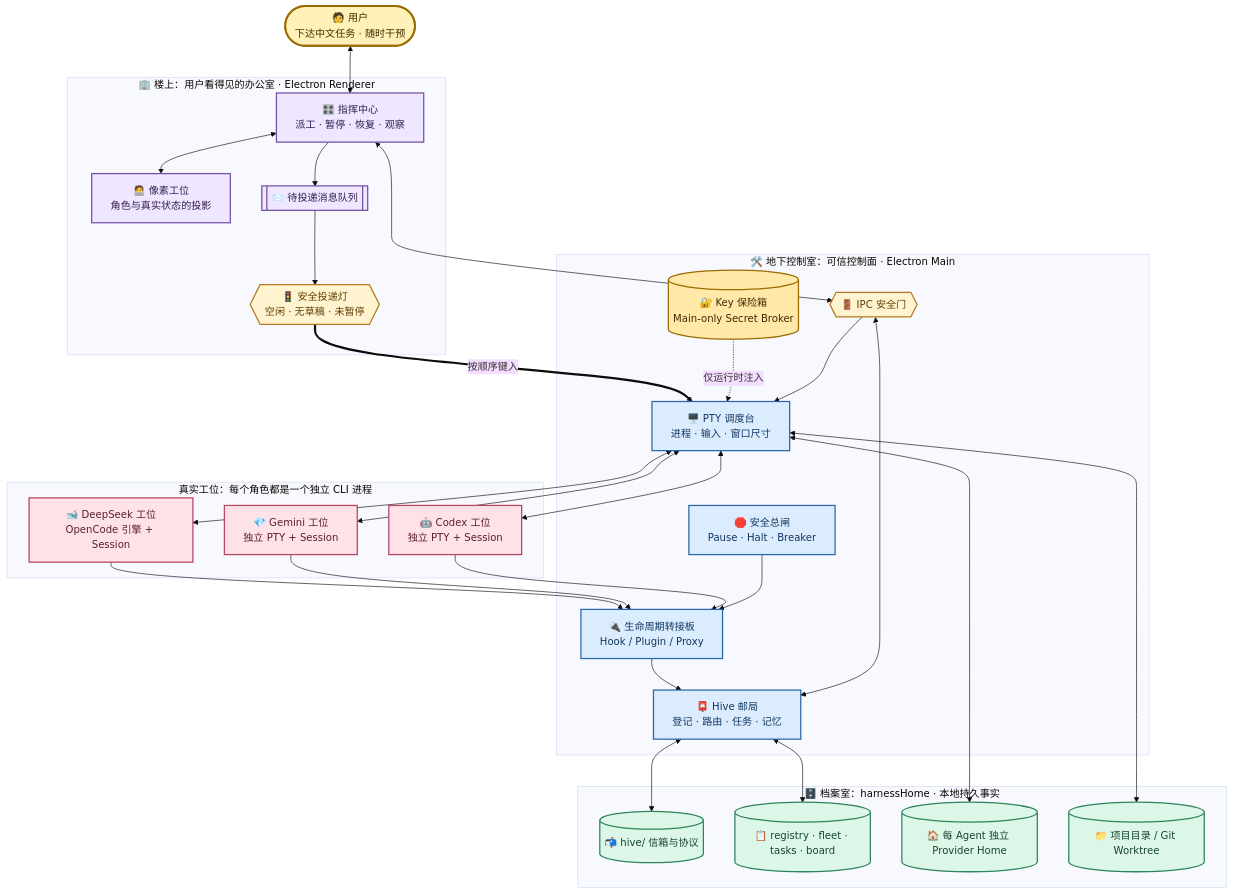
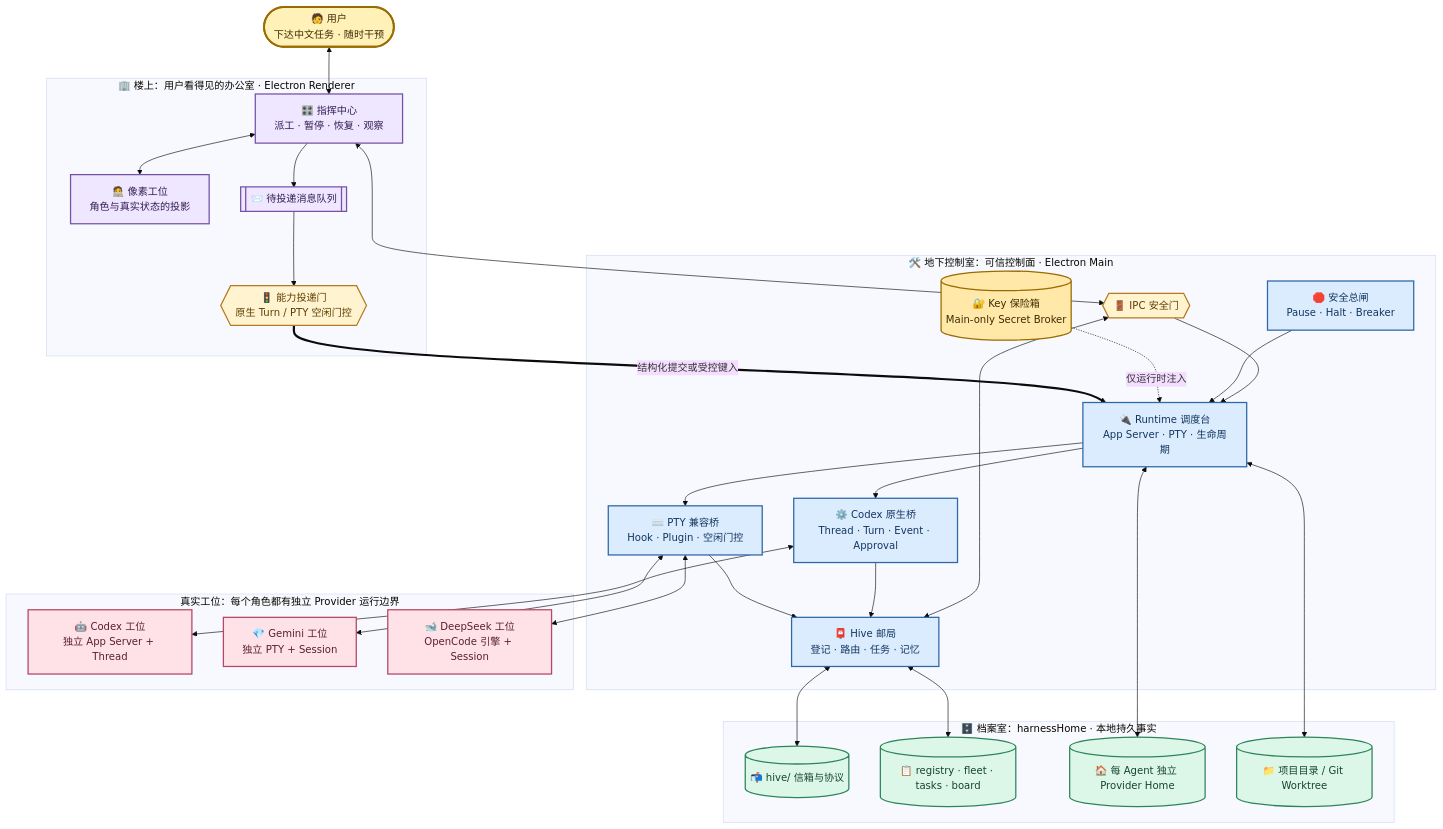
Before and after one commit to kldancer/munder-difflin: the first of 8 diagrams in docs/diy/正式设计文档/01-Munder-Difflin多Agent角色办公室架构与运行机制.md, drawn with Mermaid (base theme). The commit also changed other lines of this file and 27 other files, not shown here.

First line of the commit message:
feat(diy): add Codex App Server native runtime

````diff
--- a/docs/diy/正式设计文档/01-Munder-Difflin多Agent角色办公室架构与运行机制.md
+++ b/docs/diy/正式设计文档/01-Munder-Difflin多Agent角色办公室架构与运行机制.md
@@ -46,69 +46,70 @@
 ```mermaid
 flowchart TB
     Human(["🧑 用户\n下达中文任务 · 随时干预"])
 
     subgraph Office["🏢 楼上：用户看得见的办公室 · Electron Renderer"]
         Command["🎛️ 指挥中心\n派工 · 暂停 · 恢复 · 观察"]
         Floor["🧑‍💻 像素工位\n角色与真实状态的投影"]
         Queue[["📨 待投递消息队列"]]
-        Light{{"🚦 安全投递灯\n空闲 · 无草稿 · 未暂停"}}
+        Light{{"🚦 能力投递门\n原生 Turn / PTY 空闲门控"}}
         Command <--> Floor
         Command --> Queue --> Light
     end
 
     subgraph ControlRoom["🛠️ 地下控制室：可信控制面 · Electron Main"]
         IPC{{"🚪 IPC 安全门"}}
-        PtyMgr["🖥️ PTY 调度台\n进程 · 输入 · 窗口尺寸"]
+        Runtime["🔌 Runtime 调度台\nApp Server · PTY · 生命周期"]
         Hive["📮 Hive 邮局\n登记 · 路由 · 任务 · 记忆"]
-        Hooks["🔌 生命周期转接板\nHook / Plugin / Proxy"]
+        Native["⚙️ Codex 原生桥\nThread · Turn · Event · Approval"]
+        Compat["⌨️ PTY 兼容桥\nHook · Plugin · 空闲门控"]
         Control["🛑 安全总闸\nPause · Halt · Breaker"]
         Secrets[("🔐 Key 保险箱\nMain-only Secret Broker")]
-        IPC --> PtyMgr
+        IPC --> Runtime
         IPC <--> Hive
-        Hooks --> Hive
-        Control --> Hooks
-        Secrets -. 仅运行时注入 .-> PtyMgr
+        Runtime --> Native
+        Runtime --> Compat
+        Native --> Hive
+        Compat --> Hive
+        Control --> Runtime
+        Secrets -. 仅运行时注入 .-> Runtime
     end
 
     subgraph Archive["🗄️ 档案室：harnessHome · 本地持久事实"]
         Mail[("📬 hive/ 信箱与协议")]
         Ledger[("📋 registry · fleet · tasks · board")]
         Homes[("🏠 每 Agent 独立 Provider Home")]
         Workspaces[("📁 项目目录 / Git Worktree")]
     end
 
-    subgraph Desks["真实工位：每个角色都是一个独立 CLI 进程"]
-        Codex["🤖 Codex 工位\n独立 PTY + Session"]
+    subgraph Desks["真实工位：每个角色都有独立 Provider 运行边界"]
+        Codex["🤖 Codex 工位\n独立 App Server + Thread"]
         Gemini["💎 Gemini 工位\n独立 PTY + Session"]
         DeepSeek["🐋 DeepSeek 工位\nOpenCode 引擎 + Session"]
     end
 
     Human <--> Command
     Command <--> IPC
-    Light == 按顺序键入 ==> PtyMgr
+    Light == 结构化提交或受控键入 ==> Runtime
     Hive <--> Mail
     Hive <--> Ledger
-    PtyMgr <--> Homes
-    PtyMgr <--> Workspaces
-    PtyMgr <--> Codex
-    PtyMgr <--> Gemini
-    PtyMgr <--> DeepSeek
-    Codex --> Hooks
-    Gemini --> Hooks
-    DeepSeek --> Hooks
+    Runtime <--> Homes
+    Runtime <--> Workspaces
+    Native <--> Codex
+    Compat <--> Gemini
+    Compat <--> DeepSeek
 
     classDef human fill:#fff1b8,stroke:#9a6b00,color:#3d2b00,stroke-width:3px;
     classDef office fill:#efe7ff,stroke:#7652a6,color:#321d52,stroke-width:2px;
     classDef gate fill:#fff4cf,stroke:#b7791f,color:#5f3d00,stroke-width:2px;
     classDef main fill:#dcecff,stroke:#2d67a8,color:#12365f,stroke-width:2px;
     classDef secret fill:#ffe8a8,stroke:#9a6b00,color:#3d2b00,stroke-width:2px;
     classDef data fill:#dcf7e8,stroke:#2f855a,color:#16442f,stroke-width:2px;
     classDef agent fill:#ffe1e8,stroke:#b64663,color:#591f31,stroke-width:2px;
     class Human human;
     class Command,Floor,Queue office;
     class Light,IPC gate;
-    class PtyMgr,Hive,Hooks,Control main;
+    class Runtime,Hive,Native,Compat,Control main;
     class Secrets secret;
     class Mail,Ledger,Homes,Workspaces data;
     class Codex,Gemini,DeepSeek agent;
 ```
````
